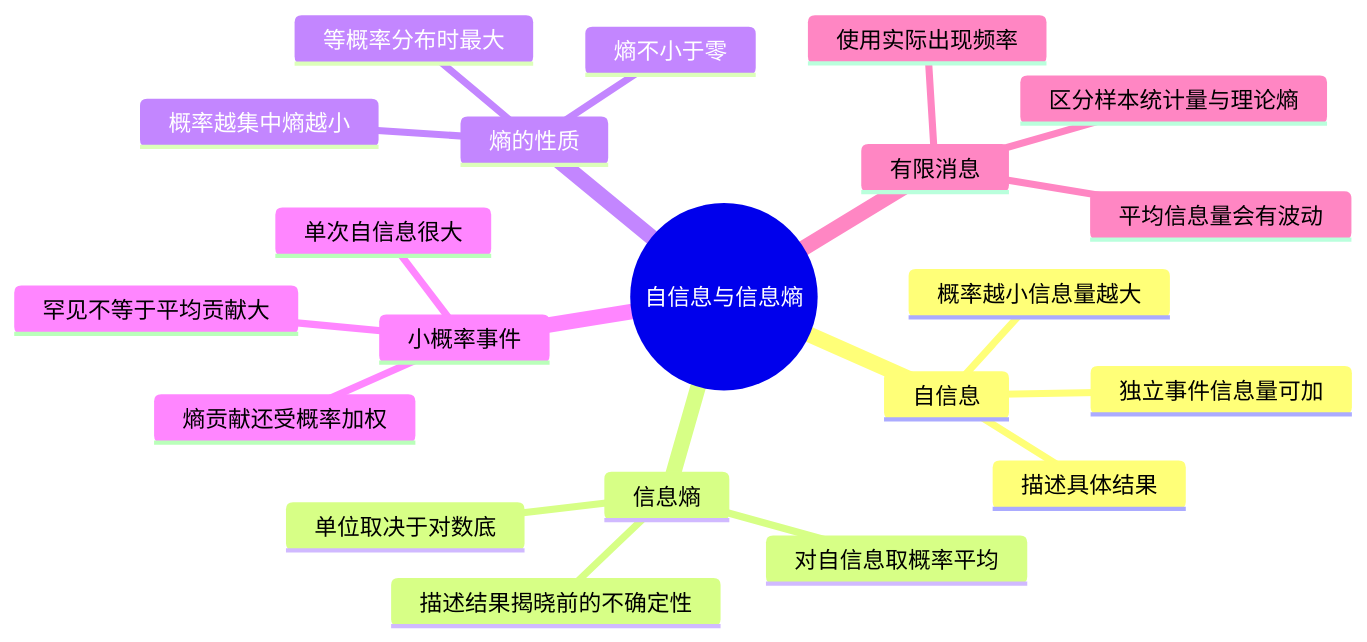
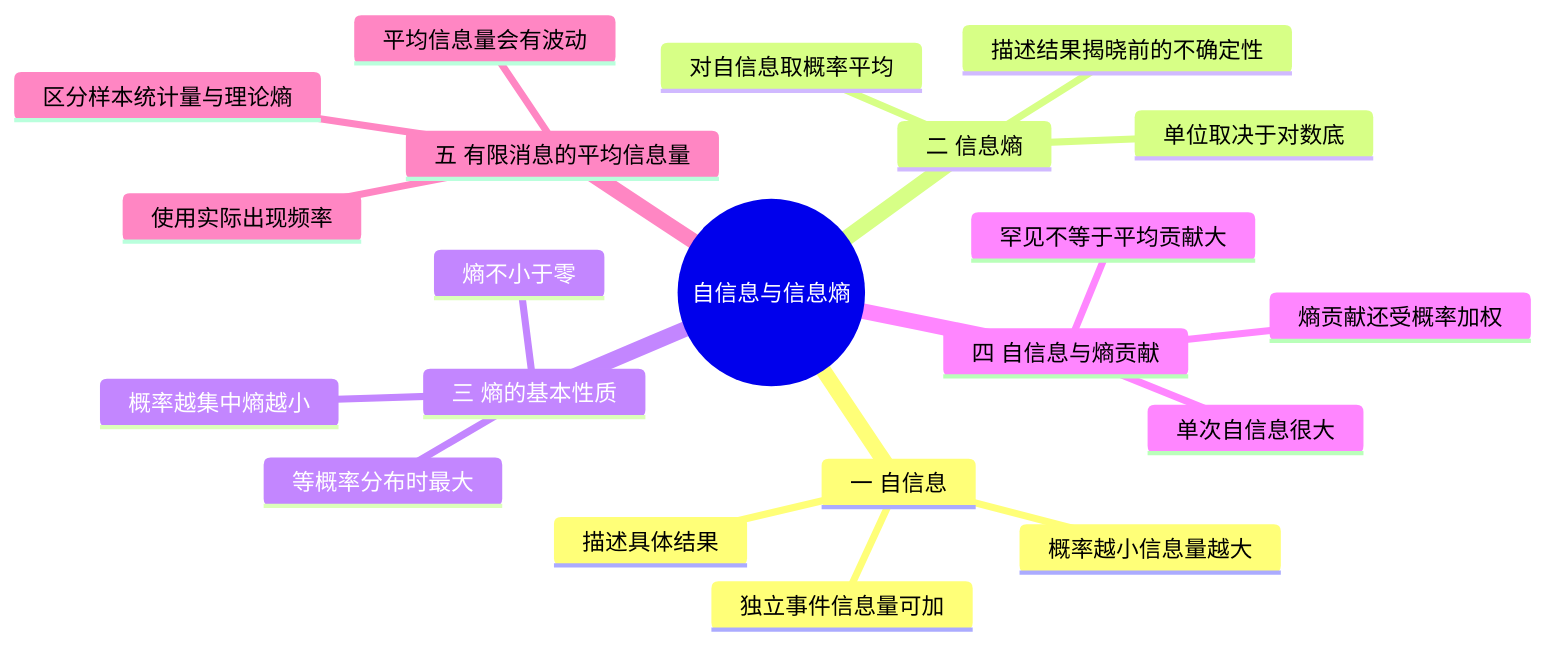
The diagram in 学习/学校课程/信息论基础（2学分）/02 第2课 自信息、信息熵与平均信息量.md (3280441136-lab/My_Obsidian_Notes), drawn with Mermaid before and after one commit. The commit also changed 6 other files, not shown here.

````diff
--- a/学习/学校课程/信息论基础（2学分）/02 第2课 自信息、信息熵与平均信息量.md
+++ b/学习/学校课程/信息论基础（2学分）/02 第2课 自信息、信息熵与平均信息量.md
@@ -5,24 +5,24 @@
 ```mermaid
 mindmap
   root((自信息与信息熵))
-    自信息
+    一 自信息
       描述具体结果
       概率越小信息量越大
       独立事件信息量可加
-    信息熵
+    二 信息熵
       对自信息取概率平均
       描述结果揭晓前的不确定性
       单位取决于对数底
-    熵的性质
+    三 熵的基本性质
       熵不小于零
       等概率分布时最大
       概率越集中熵越小
-    小概率事件
+    四 自信息与熵贡献
       单次自信息很大
       熵贡献还受概率加权
       罕见不等于平均贡献大
-    有限消息
+    五 有限消息的平均信息量
       使用实际出现频率
       平均信息量会有波动
       区分样本统计量与理论熵
 ```
````
